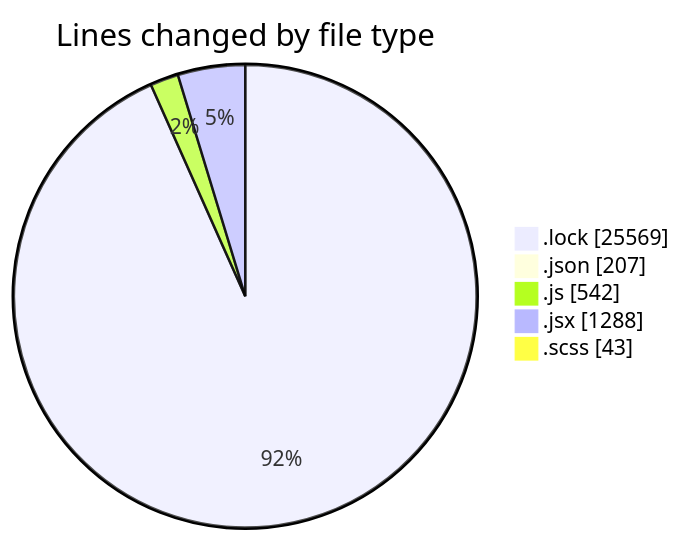
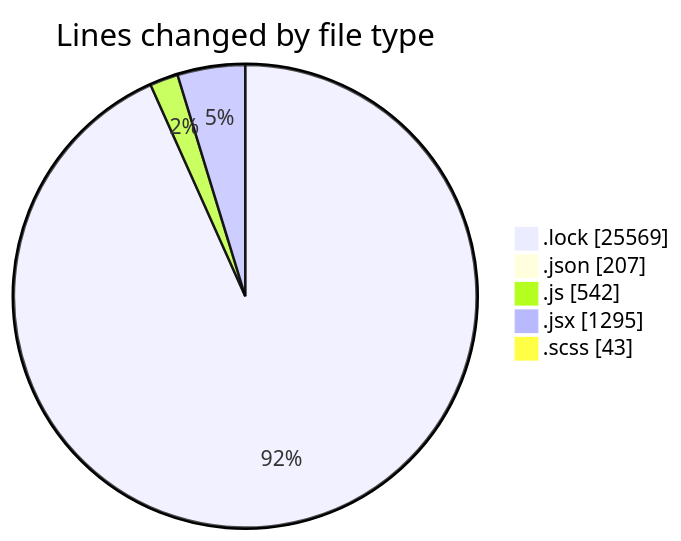
One commit to momahboobian/code-tracking changed the first of 2 diagrams in 2026-01-07/cda/README.md. Above: the diagram before and after it, drawn with Mermaid. The commit also changed other lines of this file and 1 other file, not shown here.

````diff
--- a/2026-01-07/cda/README.md
+++ b/2026-01-07/cda/README.md
@@ -34,9 +34,9 @@
 ```mermaid
 pie showData
 title Lines changed by file type
 ".lock" : 25569
 ".json" : 207
 ".js" : 542
-".jsx" : 1288
+".jsx" : 1295
 ".scss" : 43
 ```
````
